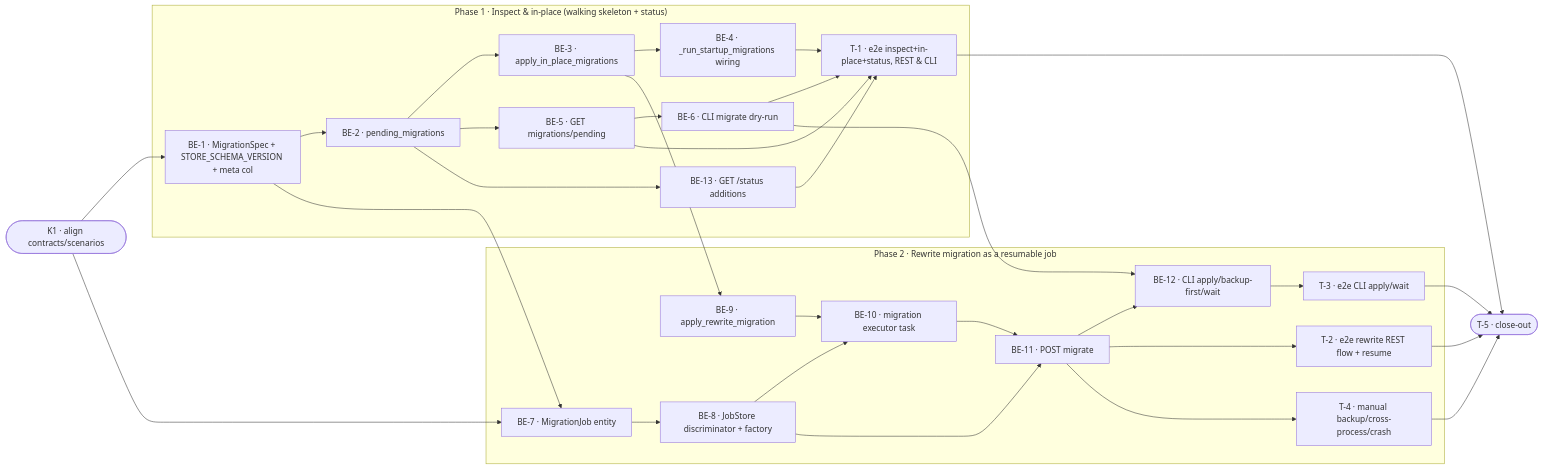
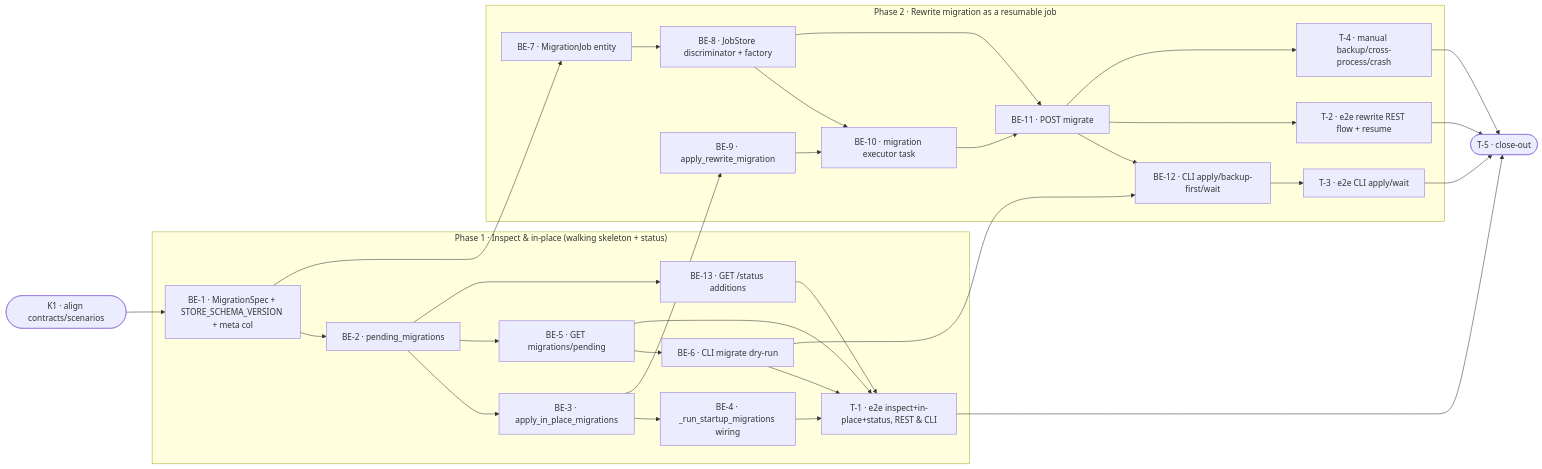
Before and after one commit to user538295/archon-search: the second of 2 diagrams in Documentation/Backlog/D3-schema-migration-tooling-team-plan.md, drawn with Mermaid. The commit also changed other lines of this file, not shown here.

````diff
--- a/Documentation/Backlog/D3-schema-migration-tooling-team-plan.md
+++ b/Documentation/Backlog/D3-schema-migration-tooling-team-plan.md
@@ -275,49 +281,48 @@
 ```mermaid
 flowchart LR
   K1([K1 · align contracts/scenarios])
   subgraph P1["Phase 1 · Inspect & in-place (walking skeleton + status)"]
     BE1[BE-1 · MigrationSpec + STORE_SCHEMA_VERSION + meta col]
     BE2[BE-2 · pending_migrations]
     BE3[BE-3 · apply_in_place_migrations]
     BE4[BE-4 · _run_startup_migrations wiring]
     BE5[BE-5 · GET migrations/pending]
     BE13[BE-13 · GET /status additions]
     BE6[BE-6 · CLI migrate dry-run]
     T1[T-1 · e2e inspect+in-place+status, REST & CLI]
   end
   subgraph P2["Phase 2 · Rewrite migration as a resumable job"]
     BE7[BE-7 · MigrationJob entity]
     BE8[BE-8 · JobStore discriminator + factory]
     BE9[BE-9 · apply_rewrite_migration]
     BE10[BE-10 · migration executor task]
     BE11[BE-11 · POST migrate]
     BE12[BE-12 · CLI apply/backup-first/wait]
     T2[T-2 · e2e rewrite REST flow + resume]
     T3[T-3 · e2e CLI apply/wait]
     T4[T-4 · manual backup/cross-process/crash]
   end
   T_END([T-5 · close-out])
   K1 --> BE1
   BE1 --> BE2 --> BE3 --> BE4
   BE2 --> BE5 --> BE6
   BE2 --> BE13
   BE4 --> T1
   BE5 --> T1
   BE6 --> T1
   BE13 --> T1
-  K1 --> BE7
   BE1 --> BE7 --> BE8
   BE3 --> BE9
   BE8 --> BE10
   BE9 --> BE10
   BE8 --> BE11
   BE10 --> BE11 --> BE12
   BE6 --> BE12
   BE11 --> T2
   BE12 --> T3
   BE11 --> T4
   T1 --> T_END
   T2 --> T_END
   T3 --> T_END
   T4 --> T_END
 ```
````
